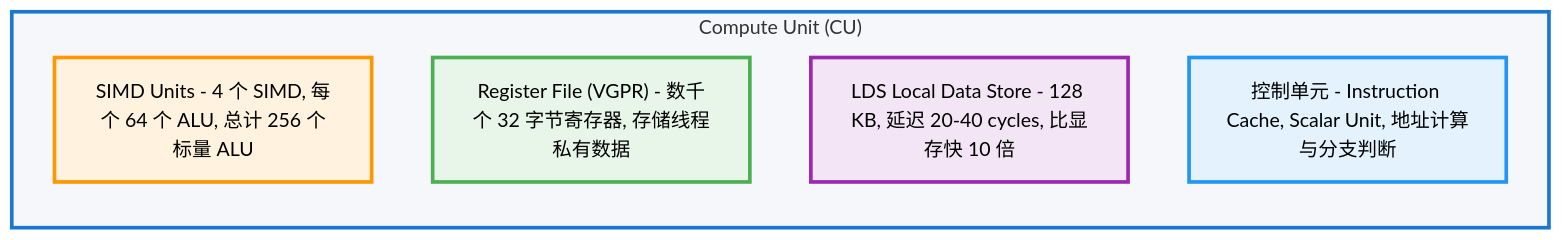
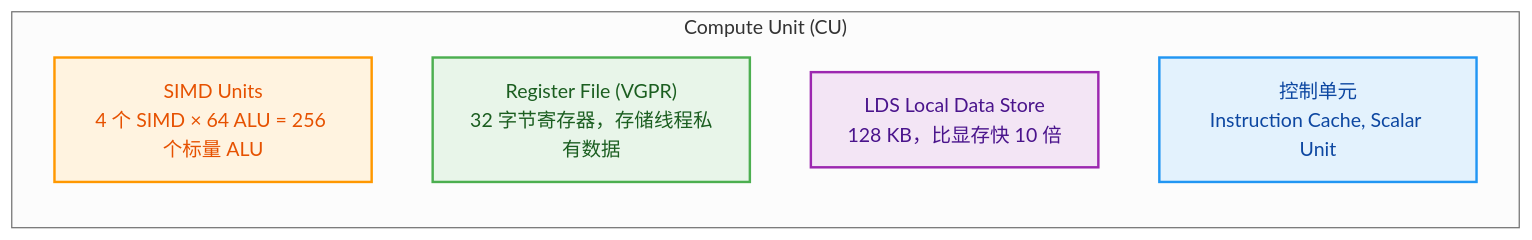
Before and after one commit to datawhalechina/hello-rocm: the second of 2 diagrams in docs/zh/03-infra/decode-ai-accelerator.md, drawn with Mermaid (neutral theme). The commit also changed other lines of this file and 12 other files, not shown here.

````diff
--- a/docs/zh/03-infra/decode-ai-accelerator.md
+++ b/docs/zh/03-infra/decode-ai-accelerator.md
@@ -1052,16 +1047,20 @@
 ```mermaid
 graph TB
     subgraph CU["Compute Unit (CU)"]
         direction TB
-        SIMD["SIMD Units - 4 个 SIMD, 每个 64 个 ALU, 总计 256 个标量 ALU"]
-        REG["Register File (VGPR) - 数千个 32 字节寄存器, 存储线程私有数据"]
-        LDS["LDS Local Data Store - 128 KB, 延迟 20-40 cycles, 比显存快 10 倍"]
-        CTRL["控制单元 - Instruction Cache, Scalar Unit, 地址计算与分支判断"]
+        SIMD["SIMD Units<br/>4 个 SIMD × 64 ALU = 256 个标量 ALU"]
+        REG["Register File (VGPR)<br/>32 字节寄存器，存储线程私有数据"]
+        LDS["LDS Local Data Store<br/>128 KB，比显存快 10 倍"]
+        CTRL["控制单元<br/>Instruction Cache, Scalar Unit"]
     end
 
-    style SIMD fill:#fff3e0,stroke:#ff9800,stroke-width:3px
-    style REG fill:#e8f5e9,stroke:#4caf50,stroke-width:3px
-    style LDS fill:#f3e5f5,stroke:#9c27b0,stroke-width:3px
-    style CTRL fill:#e3f2fd,stroke:#2196f3,stroke-width:3px
-    style CU fill:#f5f7fa,stroke:#1976d2,stroke-width:3px
+    classDef layer-compute fill:#fff3e0,stroke:#ff9800,stroke-width:2px,color:#e65100
+    classDef layer-framework fill:#e8f5e9,stroke:#4caf50,stroke-width:2px,color:#1b5e20
+    classDef layer-library fill:#f3e5f5,stroke:#9c27b0,stroke-width:2px,color:#4a148c
+    classDef layer-interface fill:#e3f2fd,stroke:#2196f3,stroke-width:2px,color:#0d47a1
+
+    class SIMD layer-compute
+    class REG layer-framework
+    class LDS layer-library
+    class CTRL layer-interface
 ```
````
